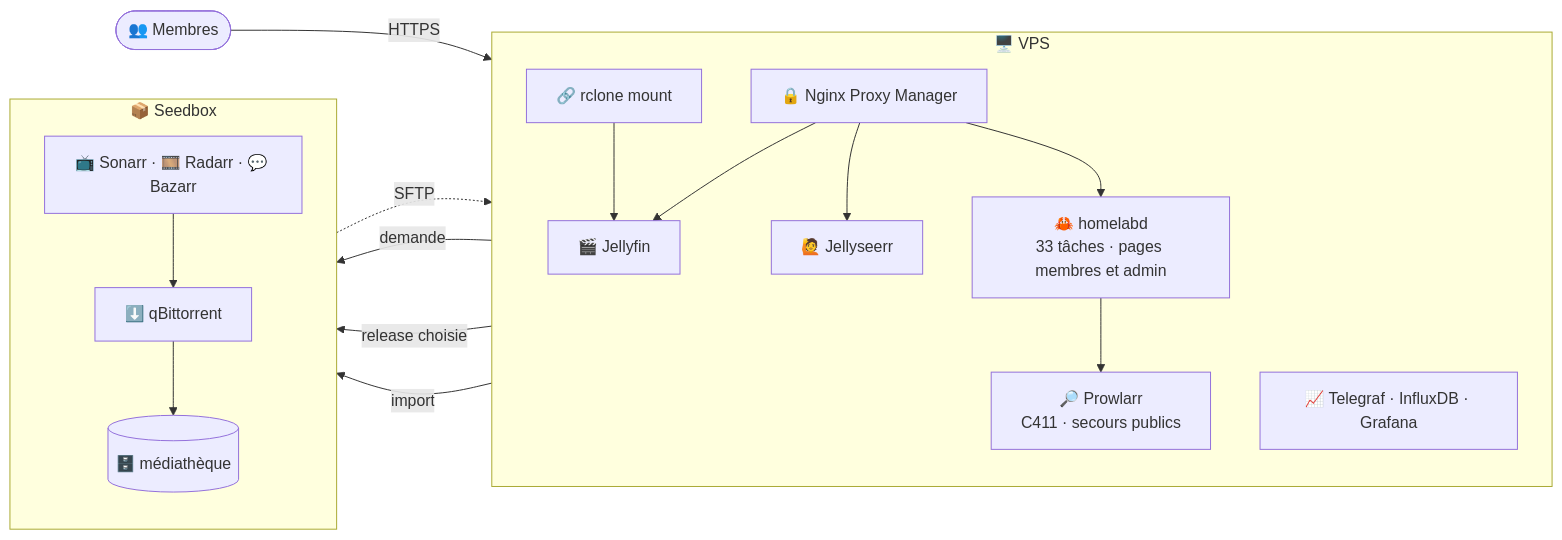
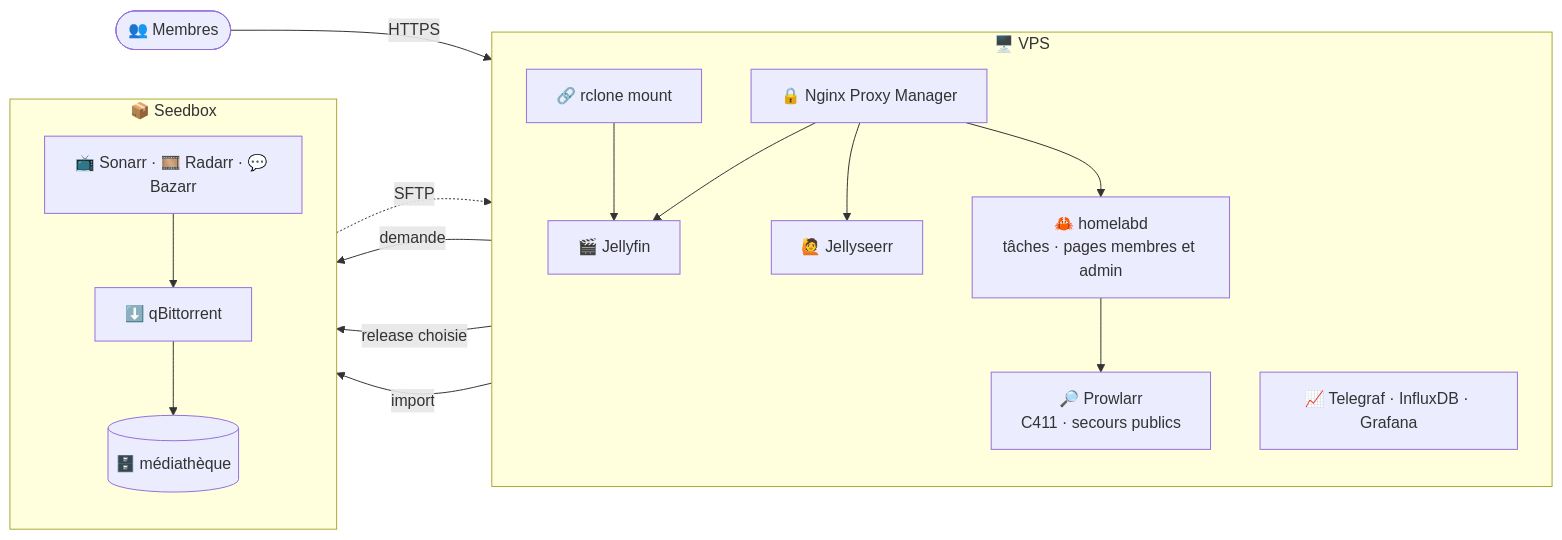
One commit to HaradasCYB/groscailloux-homelab changed the diagram in README.md. Above: the diagram before and after it, drawn with Mermaid. The commit also changed 11 other files, not shown here.

````diff
--- a/README.md
+++ b/README.md
@@ -70,27 +70,27 @@
 ```mermaid
 flowchart LR
   users([👥 Membres]) -- HTTPS --> npm
   subgraph VPS["🖥️ VPS"]
     direction TB
     npm[🔒 Nginx Proxy Manager]
     jellyfin[🎬 Jellyfin]
     seerr[🙋 Jellyseerr]
-    homelabd[🦀 homelabd<br/>33 tâches · pages membres et admin]
+    homelabd[🦀 homelabd<br/>tâches · pages membres et admin]
     prowlarr[🔎 Prowlarr<br/>C411 · secours publics]
     obs[📈 Telegraf · InfluxDB · Grafana]
     rclone[🔗 rclone mount]
     npm --> jellyfin & seerr & homelabd
     homelabd --> prowlarr
   end
   subgraph SB["📦 Seedbox"]
     direction TB
     arrs[📺 Sonarr · 🎞️ Radarr · 💬 Bazarr]
     qbit[⬇️ qBittorrent]
     media[(🗄️ médiathèque)]
     arrs --> qbit --> media
   end
   seerr -- demande --> arrs
   homelabd -- release choisie --> qbit
   homelabd -- import --> arrs
   media -. SFTP .-> rclone --> jellyfin
 ```
````
